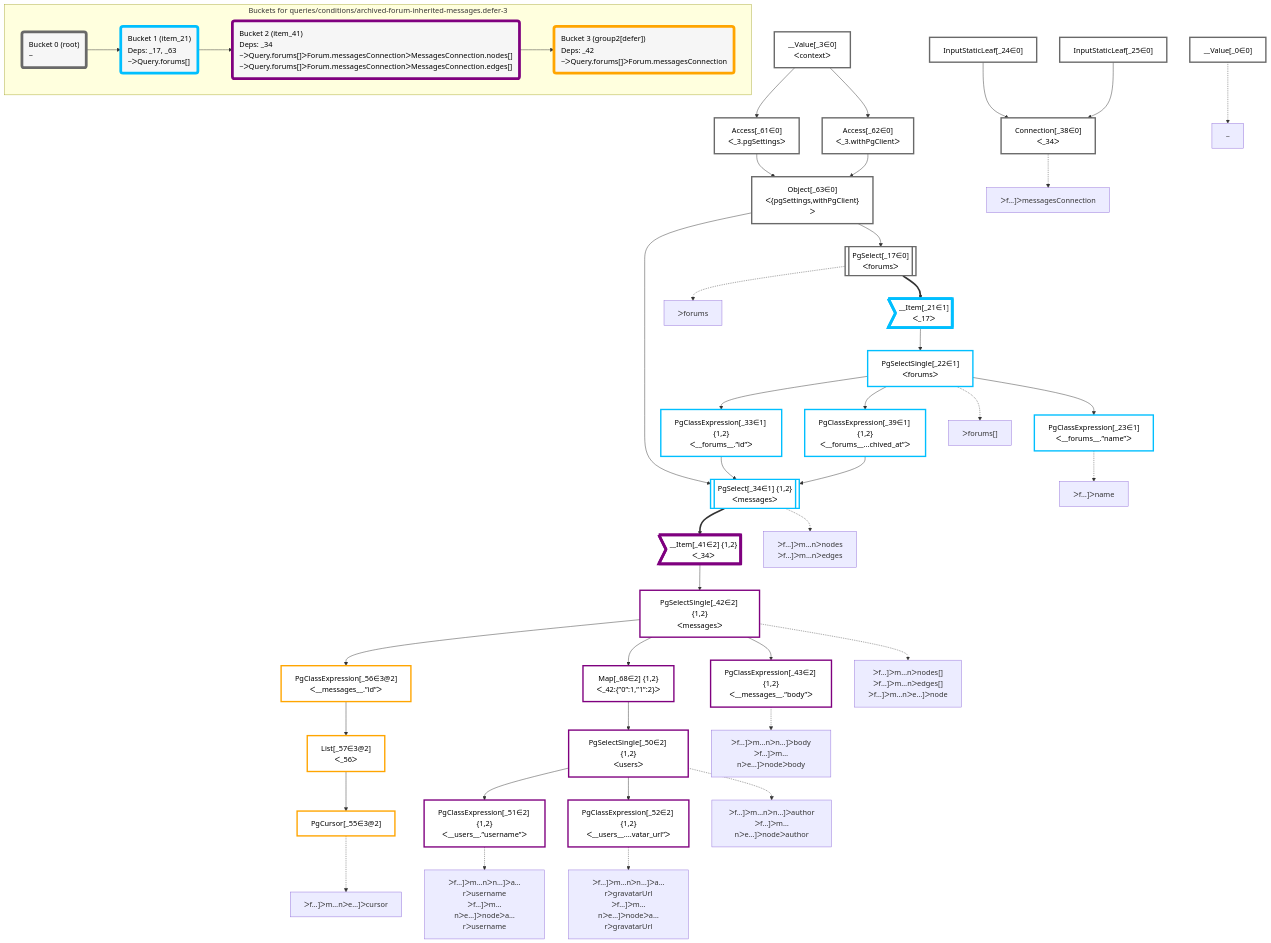
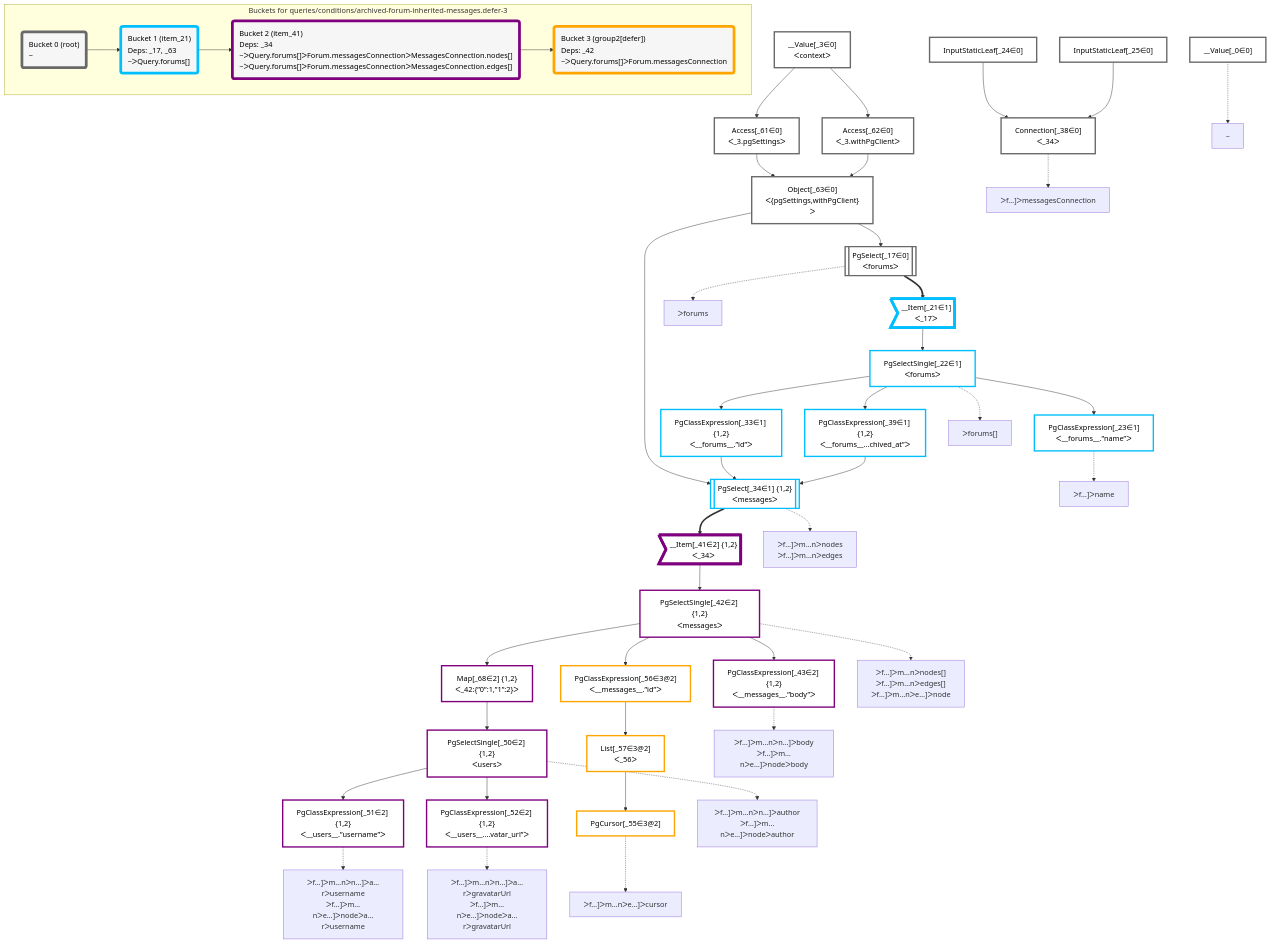
One commit to graphile/crystal changed the diagram in packages/dataplan-pg/__tests__/queries/conditions/archived-forum-inherited-messages.defer-3.mermaid.md. Above: the diagram before and after it, drawn with Mermaid. The commit also changed other lines of this file and 195 other files, not shown here.

```diff
--- a/packages/dataplan-pg/__tests__/queries/conditions/archived-forum-inherited-messages.defer-3.mermaid.md
+++ b/packages/dataplan-pg/__tests__/queries/conditions/archived-forum-inherited-messages.defer-3.mermaid.md
@@ -9,53 +9,53 @@
 
     %% define plans
     __Value_0["__Value[_0∈0]"]:::plan
+    PgClassExpression_23["PgClassExpression[_23∈1]<br />ᐸ__forums__.”name”ᐳ"]:::plan
+    PgClassExpression_43["PgClassExpression[_43∈2] {1,2}<br />ᐸ__messages__.”body”ᐳ"]:::plan
+    PgClassExpression_51["PgClassExpression[_51∈2] {1,2}<br />ᐸ__users__.”username”ᐳ"]:::plan
+    PgClassExpression_52["PgClassExpression[_52∈2] {1,2}<br />ᐸ__users__....vatar_url”ᐳ"]:::plan
+    PgSelectSingle_50["PgSelectSingle[_50∈2] {1,2}<br />ᐸusersᐳ"]:::plan
+    Map_68["Map[_68∈2] {1,2}<br />ᐸ_42:{”0”:1,”1”:2}ᐳ"]:::plan
+    PgCursor_55["PgCursor[_55∈3@2]"]:::plan
+    List_57["List[_57∈3@2]<br />ᐸ_56ᐳ"]:::plan
+    PgClassExpression_56["PgClassExpression[_56∈3@2]<br />ᐸ__messages__.”id”ᐳ"]:::plan
+    PgSelectSingle_42["PgSelectSingle[_42∈2] {1,2}<br />ᐸmessagesᐳ"]:::plan
+    __Item_41>"__Item[_41∈2] {1,2}<br />ᐸ_34ᐳ"]:::itemplan
+    PgSelect_34[["PgSelect[_34∈1] {1,2}<br />ᐸmessagesᐳ"]]:::plan
+    PgClassExpression_33["PgClassExpression[_33∈1] {1,2}<br />ᐸ__forums__.”id”ᐳ"]:::plan
+    PgClassExpression_39["PgClassExpression[_39∈1] {1,2}<br />ᐸ__forums__...chived_at”ᐳ"]:::plan
+    PgSelectSingle_22["PgSelectSingle[_22∈1]<br />ᐸforumsᐳ"]:::plan
+    __Item_21>"__Item[_21∈1]<br />ᐸ_17ᐳ"]:::itemplan
+    PgSelect_17[["PgSelect[_17∈0]<br />ᐸforumsᐳ"]]:::plan
+    Object_63["Object[_63∈0]<br />ᐸ{pgSettings,withPgClient}ᐳ"]:::plan
+    Access_61["Access[_61∈0]<br />ᐸ_3.pgSettingsᐳ"]:::plan
+    Access_62["Access[_62∈0]<br />ᐸ_3.withPgClientᐳ"]:::plan
     __Value_3["__Value[_3∈0]<br />ᐸcontextᐳ"]:::plan
-    PgSelect_17[["PgSelect[_17∈0]<br />ᐸforumsᐳ"]]:::plan
-    __Item_21>"__Item[_21∈1]<br />ᐸ_17ᐳ"]:::itemplan
-    PgSelectSingle_22["PgSelectSingle[_22∈1]<br />ᐸforumsᐳ"]:::plan
-    PgClassExpression_23["PgClassExpression[_23∈1]<br />ᐸ__forums__.”name”ᐳ"]:::plan
+    Connection_38["Connection[_38∈0]<br />ᐸ_34ᐳ"]:::plan
     InputStaticLeaf_24["InputStaticLeaf[_24∈0]"]:::plan
     InputStaticLeaf_25["InputStaticLeaf[_25∈0]"]:::plan
-    PgClassExpression_33["PgClassExpression[_33∈1] {1,2}<br />ᐸ__forums__.”id”ᐳ"]:::plan
-    PgSelect_34[["PgSelect[_34∈1] {1,2}<br />ᐸmessagesᐳ"]]:::plan
-    Connection_38["Connection[_38∈0]<br />ᐸ_34ᐳ"]:::plan
-    PgClassExpression_39["PgClassExpression[_39∈1] {1,2}<br />ᐸ__forums__...chived_at”ᐳ"]:::plan
-    __Item_41>"__Item[_41∈2] {1,2}<br />ᐸ_34ᐳ"]:::itemplan
-    PgSelectSingle_42["PgSelectSingle[_42∈2] {1,2}<br />ᐸmessagesᐳ"]:::plan
-    PgClassExpression_43["PgClassExpression[_43∈2] {1,2}<br />ᐸ__messages__.”body”ᐳ"]:::plan
-    PgSelectSingle_50["PgSelectSingle[_50∈2] {1,2}<br />ᐸusersᐳ"]:::plan
-    PgClassExpression_51["PgClassExpression[_51∈2] {1,2}<br />ᐸ__users__.”username”ᐳ"]:::plan
-    PgClassExpression_52["PgClassExpression[_52∈2] {1,2}<br />ᐸ__users__....vatar_url”ᐳ"]:::plan
-    PgCursor_55["PgCursor[_55∈3@2]"]:::plan
-    PgClassExpression_56["PgClassExpression[_56∈3@2]<br />ᐸ__messages__.”id”ᐳ"]:::plan
-    List_57["List[_57∈3@2]<br />ᐸ_56ᐳ"]:::plan
-    Access_61["Access[_61∈0]<br />ᐸ_3.pgSettingsᐳ"]:::plan
-    Access_62["Access[_62∈0]<br />ᐸ_3.withPgClientᐳ"]:::plan
-    Object_63["Object[_63∈0]<br />ᐸ{pgSettings,withPgClient}ᐳ"]:::plan
-    Map_68["Map[_68∈2] {1,2}<br />ᐸ_42:{”0”:1,”1”:2}ᐳ"]:::plan
 
     %% plan dependencies
-    Object_63 --> PgSelect_17
-    PgSelect_17 ==> __Item_21
-    __Item_21 --> PgSelectSingle_22
     PgSelectSingle_22 --> PgClassExpression_23
-    PgSelectSingle_22 --> PgClassExpression_33
-    Object_63 & PgClassExpression_33 & PgClassExpression_39 --> PgSelect_34
-    InputStaticLeaf_24 & InputStaticLeaf_25 --> Connection_38
-    PgSelectSingle_22 --> PgClassExpression_39
-    PgSelect_34 ==> __Item_41
-    __Item_41 --> PgSelectSingle_42
     PgSelectSingle_42 --> PgClassExpression_43
-    Map_68 --> PgSelectSingle_50
     PgSelectSingle_50 --> PgClassExpression_51
     PgSelectSingle_50 --> PgClassExpression_52
+    Map_68 --> PgSelectSingle_50
+    PgSelectSingle_42 --> Map_68
     List_57 --> PgCursor_55
+    PgClassExpression_56 --> List_57
     PgSelectSingle_42 --> PgClassExpression_56
-    PgClassExpression_56 --> List_57
+    __Item_41 --> PgSelectSingle_42
+    PgSelect_34 ==> __Item_41
+    Object_63 & PgClassExpression_33 & PgClassExpression_39 --> PgSelect_34
+    PgSelectSingle_22 --> PgClassExpression_33
+    PgSelectSingle_22 --> PgClassExpression_39
+    __Item_21 --> PgSelectSingle_22
+    PgSelect_17 ==> __Item_21
+    Object_63 --> PgSelect_17
+    Access_61 & Access_62 --> Object_63
     __Value_3 --> Access_61
     __Value_3 --> Access_62
-    Access_61 & Access_62 --> Object_63
-    PgSelectSingle_42 --> Map_68
+    InputStaticLeaf_24 & InputStaticLeaf_25 --> Connection_38
 
     %% plan-to-path relationships
     P_0["~"]
```
